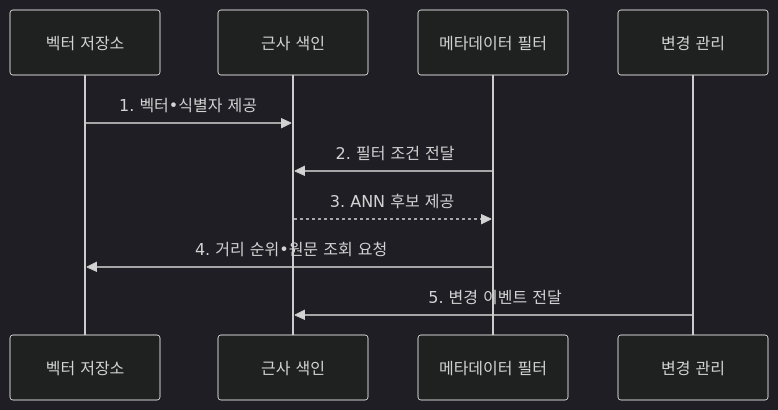
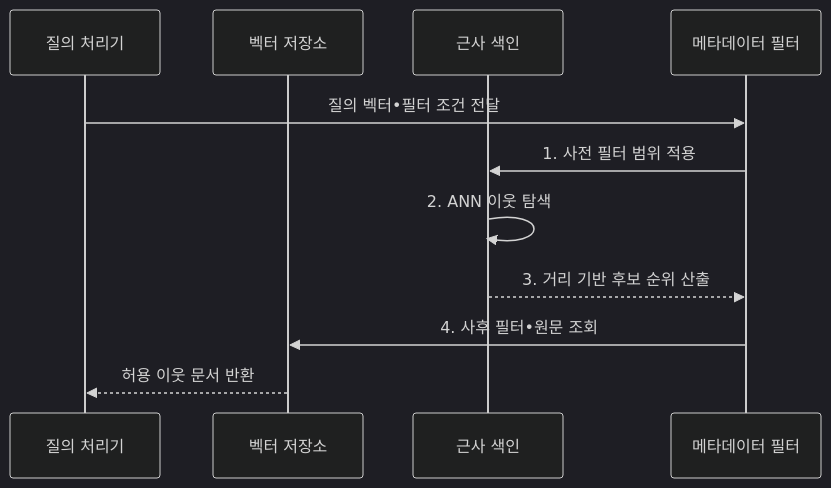
Before and after one commit to agnusdei1207/knowledge-base: the second of 2 diagrams in src/content/docs/notes/08-latest-tech/075_vector_database.md, drawn with Mermaid (dark theme). The commit also changed other lines of this file and 17 other files, not shown here.

````diff
--- a/src/content/docs/notes/08-latest-tech/075_vector_database.md
+++ b/src/content/docs/notes/08-latest-tech/075_vector_database.md
@@ -107,12 +107,13 @@
 ```mermaid
 sequenceDiagram
+  participant Q as 질의 처리기
   participant S as 벡터 저장소
   participant I as 근사 색인
   participant F as 메타데이터 필터
-  participant C as 변경 관리
-  S->>I: 1. 벡터•식별자 제공
-  F->>I: 2. 필터 조건 전달
-  I-->>F: 3. ANN 후보 제공
-  F->>S: 4. 거리 순위•원문 조회 요청
-  C->>I: 5. 변경 이벤트 전달
+  Q->>F: 질의 벡터•필터 조건 전달
+  F->>I: 1. 사전 필터 범위 적용
+  I->>I: 2. ANN 이웃 탐색
+  I-->>F: 3. 거리 기반 후보 순위 산출
+  F->>S: 4. 사후 필터•원문 조회
+  S-->>Q: 허용 이웃 문서 반환
 ```
````
